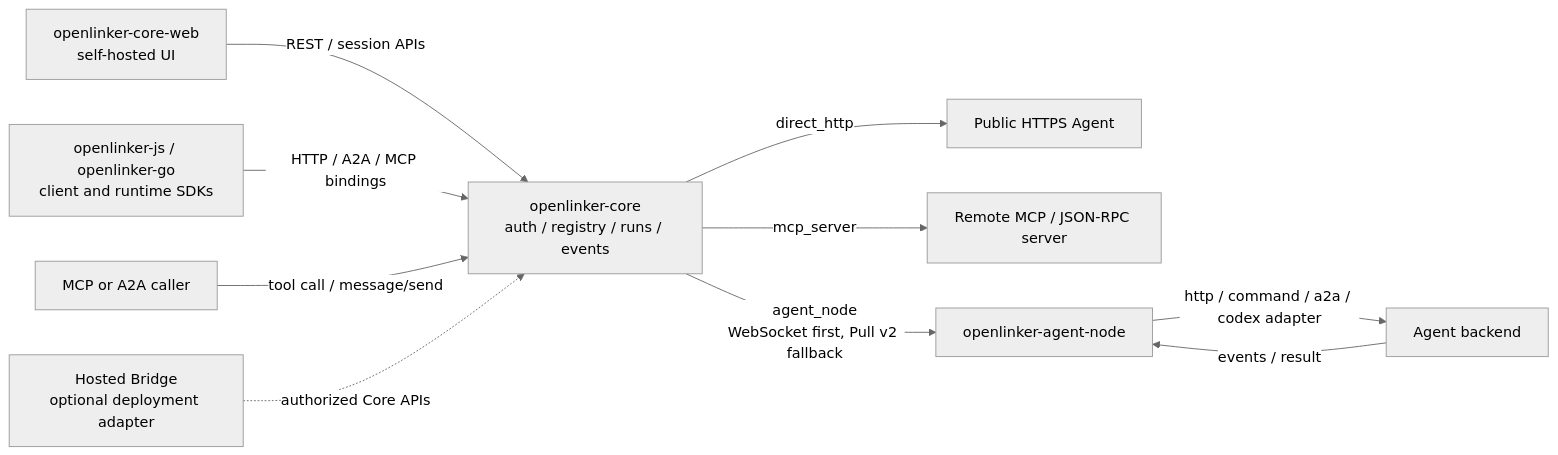
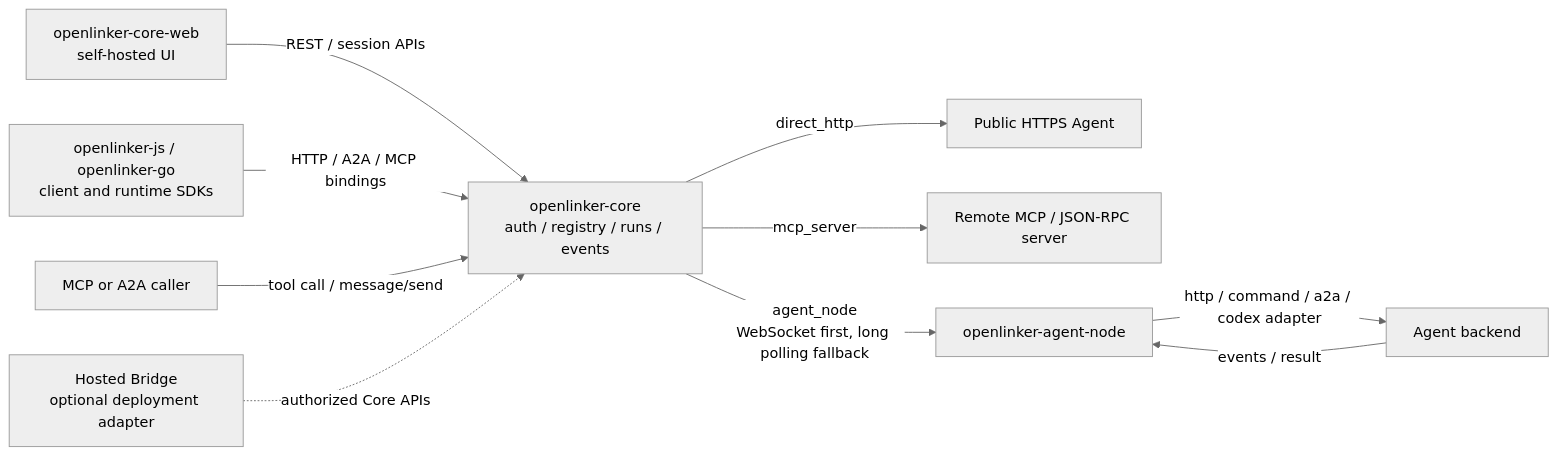
Before and after one commit to Frank-svg-dev/openlinker-core: the first of 2 diagrams in README.md, drawn with Mermaid (neutral theme). The commit also changed other lines of this file and 59 other files, not shown here.

````diff
--- a/README.md
+++ b/README.md
@@ -55,16 +55,16 @@
 ```mermaid
 flowchart LR
   CoreWeb["openlinker-core-web<br/>self-hosted UI"] -->|"REST / session APIs"| Core
   SDKs["openlinker-js / openlinker-go<br/>client and runtime SDKs"] -->|"HTTP / A2A / MCP bindings"| Core
   MCPCaller["MCP or A2A caller"] -->|"tool call / message/send"| Core
 
   HostedBridge["Hosted Bridge<br/>optional deployment adapter"] -.->|"authorized Core APIs"| Core
 
   Core["openlinker-core<br/>auth / registry / runs / events"]
 
   Core -->|"direct_http"| HTTPAgent["Public HTTPS Agent"]
   Core -->|"mcp_server"| MCPAgent["Remote MCP / JSON-RPC server"]
-  Core -->|"agent_node<br/>WebSocket first, Pull v2 fallback"| AgentNode["openlinker-agent-node"]
+  Core -->|"agent_node<br/>WebSocket first, long polling fallback"| AgentNode["openlinker-agent-node"]
   AgentNode -->|"http / command / a2a / codex adapter"| Backend["Agent backend"]
   Backend -->|"events / result"| AgentNode
 ```
````
